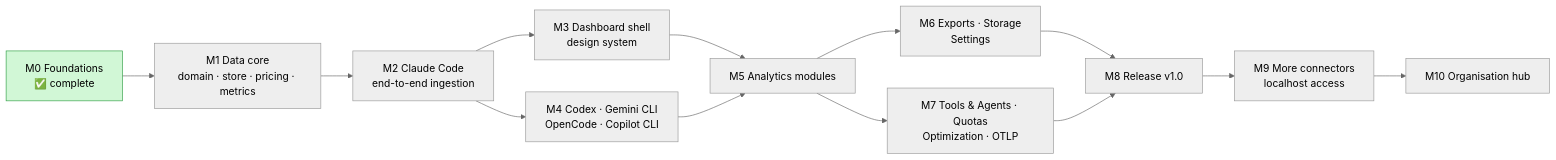
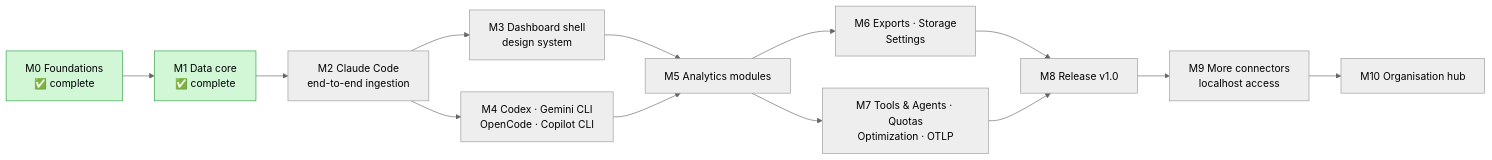
Diagram 17 of 17 in README.md (akanjb/VEYRA), drawn with Mermaid (neutral theme) before and after one commit. The commit also changed other lines of this file and 9 other files, not shown here.

````diff
--- a/README.md
+++ b/README.md
@@ -597,16 +661,16 @@
 ```mermaid
 flowchart LR
-  M0[M0 Foundations<br/>✅ complete]:::done --> M1[M1 Data core<br/>domain · store · pricing · metrics]
+  M0[M0 Foundations<br/>✅ complete]:::done --> M1[M1 Data core<br/>✅ complete]:::done
   M1 --> M2[M2 Claude Code<br/>end-to-end ingestion]
   M2 --> M3[M3 Dashboard shell<br/>design system]
   M2 --> M4[M4 Codex · Gemini CLI<br/>OpenCode · Copilot CLI]
   M3 --> M5[M5 Analytics modules]
   M4 --> M5
   M5 --> M6[M6 Exports · Storage<br/>Settings]
   M5 --> M7[M7 Tools & Agents · Quotas<br/>Optimization · OTLP]
   M6 --> M8[M8 Release v1.0]
   M7 --> M8
   M8 --> M9[M9 More connectors<br/>localhost access]
   M9 --> M10[M10 Organisation hub]
   classDef done fill:#d1f7d6,stroke:#2f9e44
 ```
````
